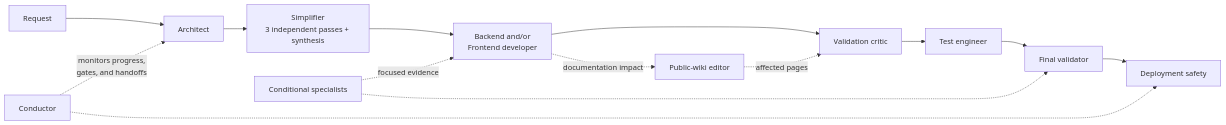
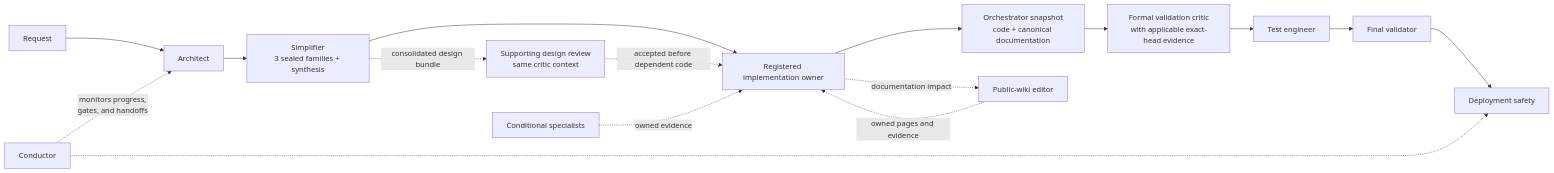
Before and after one commit to vasilyevstan/betstan: the diagram in docs/wiki/Agents.md, drawn with Mermaid. The commit also changed other lines of this file and 22 other files, not shown here.

````diff
--- a/docs/wiki/Agents.md
+++ b/docs/wiki/Agents.md
@@ -15,17 +15,19 @@
 ```mermaid
 flowchart LR
     Request --> Architect["Architect"]
-    Architect --> Simplifier["Simplifier<br/>3 independent passes + synthesis"]
-    Simplifier --> Developer["Backend and/or<br/>Frontend developer"]
-    Developer --> Critic["Validation critic"]
+    Architect --> Simplifier["Simplifier<br/>3 sealed families + synthesis"]
+    Simplifier --> Developer["Registered implementation owner"]
+    Developer --> Snapshot["Orchestrator snapshot<br/>code + canonical documentation"]
+    Snapshot --> Critic["Formal validation critic<br/>with applicable exact-head evidence"]
     Critic --> Tester["Test engineer"]
     Tester --> Final["Final validator"]
     Final --> Release["Deployment safety"]
 
+    Simplifier -. consolidated design bundle .-> Design["Supporting design review<br/>same critic context"]
+    Design -. accepted before dependent code .-> Developer
     Developer -. documentation impact .-> Wiki["Public-wiki editor"]
-    Wiki -. affected pages .-> Critic
+    Wiki -. owned pages and evidence .-> Developer
     Conductor["Conductor"] -. monitors progress,<br/>gates, and handoffs .-> Architect
     Conductor -.-> Release
-    Specialist["Conditional specialists"] -. focused evidence .-> Developer
-    Specialist -.-> Final
+    Specialist["Conditional specialists"] -. owned evidence .-> Developer
 ```
````
